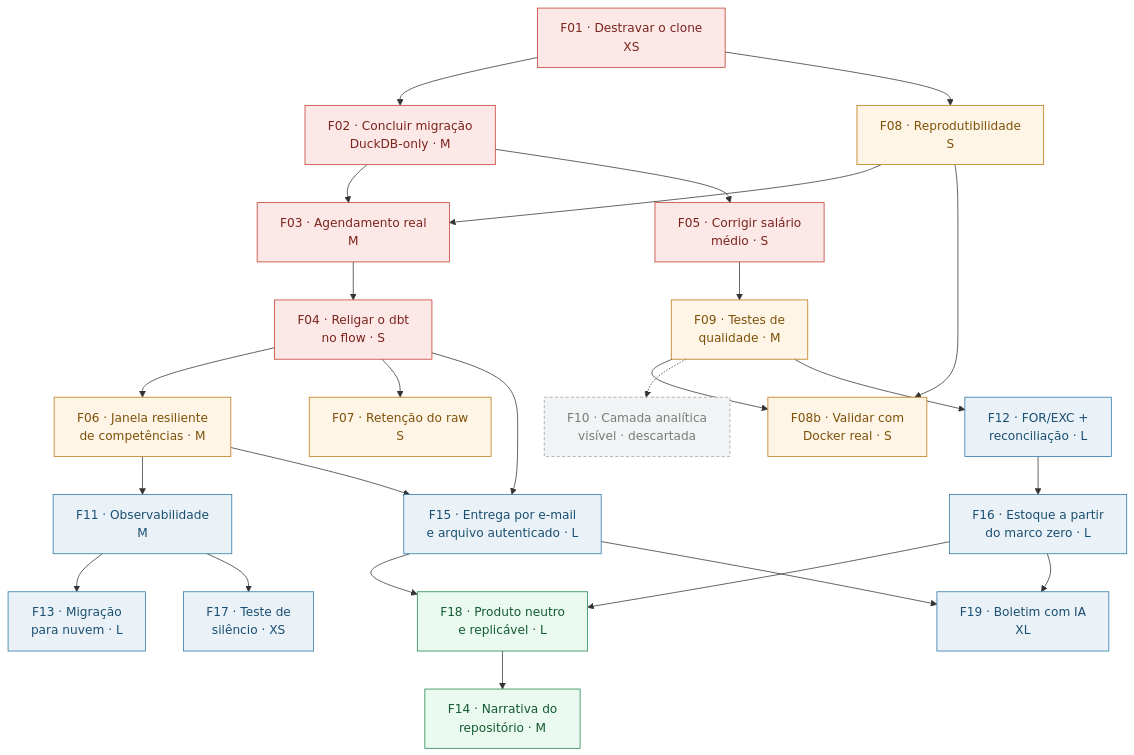
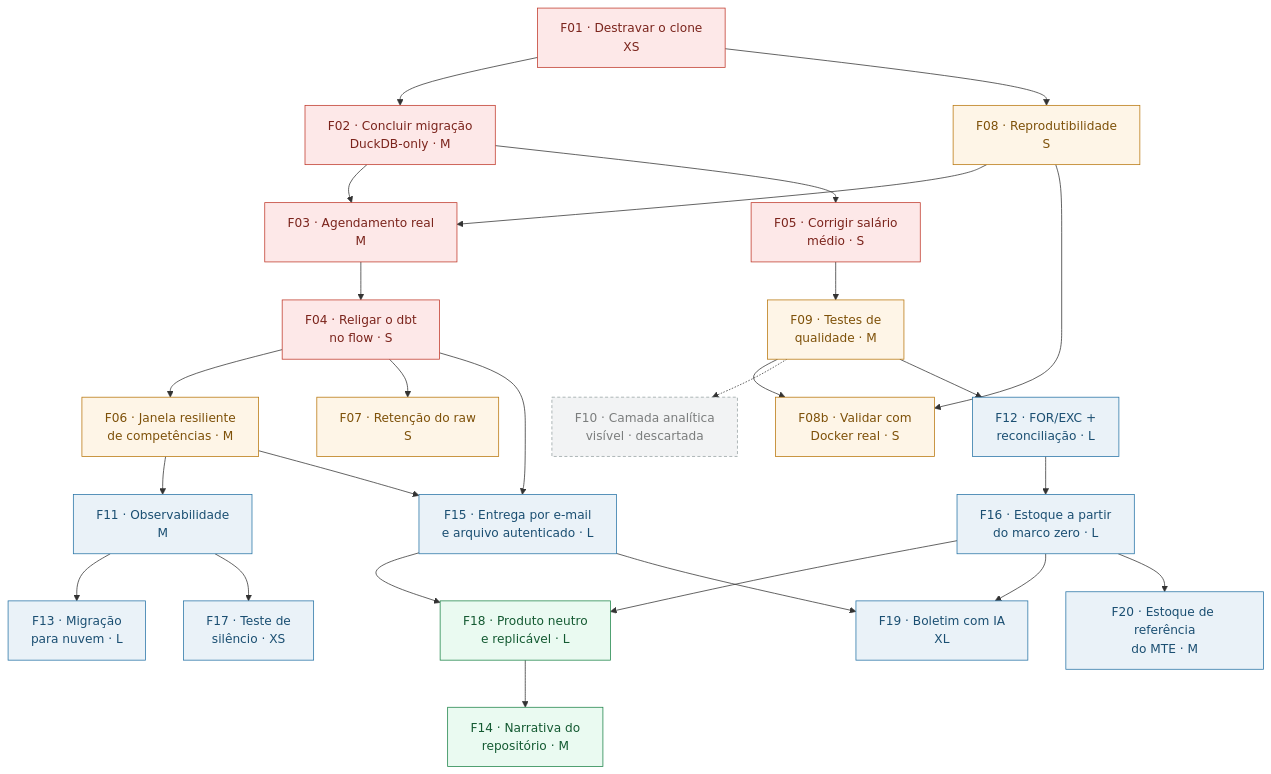
The diagram in docs/fatias/README.md (raulleninis/heco-caged-datastack), drawn with Mermaid before and after one commit. The commit also changed other lines of this file and 34 other files, not shown here.

````diff
--- a/docs/fatias/README.md
+++ b/docs/fatias/README.md
@@ -13,38 +13,39 @@
 ```mermaid
 flowchart TD
     F01["F01 · Destravar o clone<br/>XS"] --> F02["F02 · Concluir migração<br/>DuckDB-only · M"]
     F01 --> F08["F08 · Reprodutibilidade<br/>S"]
     F02 --> F03["F03 · Agendamento real<br/>M"]
     F08 --> F03
     F03 --> F04["F04 · Religar o dbt<br/>no flow · S"]
     F04 --> F06["F06 · Janela resiliente<br/>de competências · M"]
     F02 --> F05["F05 · Corrigir salário<br/>médio · S"]
     F05 --> F09["F09 · Testes de<br/>qualidade · M"]
     F04 --> F07["F07 · Retenção do raw<br/>S"]
     F08 --> F08b["F08b · Validar com<br/>Docker real · S"]
     F09 --> F08b
     F09 -.-> F10["F10 · Camada analítica<br/>visível · descartada"]
     F06 --> F11["F11 · Observabilidade<br/>M"]
     F09 --> F12["F12 · FOR/EXC +<br/>reconciliação · L"]
     F11 --> F13["F13 · Migração<br/>para nuvem · L"]
     F16 --> F18["F18 · Produto neutro<br/>e replicável · L"]
     F15 --> F18
     F16 --> F19["F19 · Boletim com IA<br/>XL"]
     F15 --> F19
     F18 --> F14["F14 · Narrativa do<br/>repositório · M"]
     F04 --> F15["F15 · Entrega por e-mail<br/>e arquivo autenticado · L"]
     F06 --> F15
     F12 --> F16["F16 · Estoque a partir<br/>do marco zero · L"]
     F11 --> F17["F17 · Teste de<br/>silêncio · XS"]
+    F16 --> F20["F20 · Estoque de referência<br/>do MTE · M"]
 
     classDef agora fill:#fde8e8,stroke:#c0392b,color:#7b241c
     classDef pre fill:#fef5e7,stroke:#b9770e,color:#7e5109
     classDef prod fill:#eaf2f8,stroke:#2874a6,color:#1b4f72
     classDef vitrine fill:#eafaf1,stroke:#1e8449,color:#145a32
     class F01,F02,F03,F04,F05 agora
     class F06,F07,F08,F08b,F09 pre
-    class F11,F12,F13,F15,F16,F17,F19 prod
+    class F11,F12,F13,F15,F16,F17,F19,F20 prod
     classDef descartada fill:#f2f3f4,stroke:#99a3a4,color:#7b7d7d,stroke-dasharray:4 3
     class F14,F18 vitrine
     class F10 descartada
 ```
````
